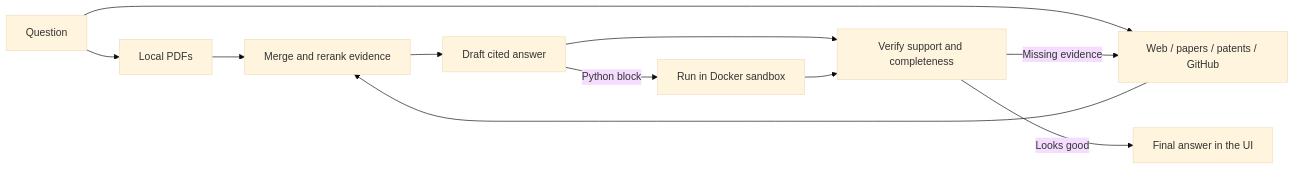
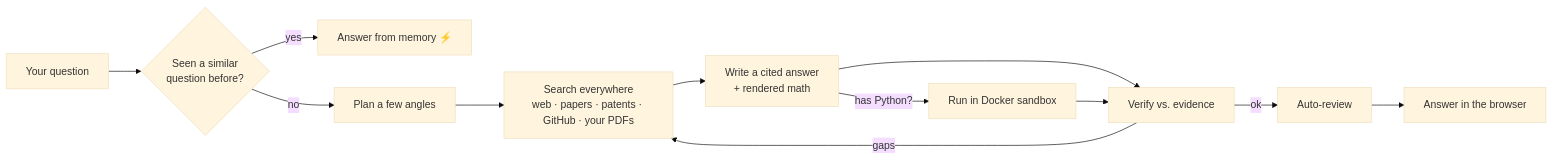
Before and after one commit to anistondeveloperteam-ANT/Audio-research-assistant: the diagram in README.md, drawn with Mermaid (base theme). The commit also changed other lines of this file and 4 other files, not shown here.

Commit message:
Render math (KaTeX), strip [n] citations, auto-review only (no button), interactive README

````diff
--- a/README.md
+++ b/README.md
@@ -57,16 +96,14 @@
 ```mermaid
 flowchart LR
-    Q[Question] --> LOCAL[Local PDFs]
-    Q --> EXT[Web / papers / patents / GitHub]
-
-    LOCAL --> RANK[Merge and rerank evidence]
-    EXT --> RANK
-
-    RANK --> DRAFT[Draft cited answer]
-    DRAFT --> VERIFY[Verify support and completeness]
-    VERIFY -->|Missing evidence| EXT
-    VERIFY -->|Looks good| FINAL[Final answer in the UI]
-
-    DRAFT -->|Python block| DOCKER[Run in Docker sandbox]
+    Q[Your question] --> M{Seen a similar<br/>question before?}
+    M -- yes --> CACHE[Answer from memory ⚡]
+    M -- no --> PLAN[Plan a few angles]
+    PLAN --> SEARCH[Search everywhere<br/>web · papers · patents · GitHub · your PDFs]
+    SEARCH --> WRITE[Write a cited answer<br/>+ rendered math]
+    WRITE --> VERIFY[Verify vs. evidence]
+    VERIFY -- gaps --> SEARCH
+    VERIFY -- ok --> REVIEW[Auto-review]
+    REVIEW --> OUT[Answer in the browser]
+    WRITE -- has Python? --> DOCKER[Run in Docker sandbox]
     DOCKER --> VERIFY
 ```
````
